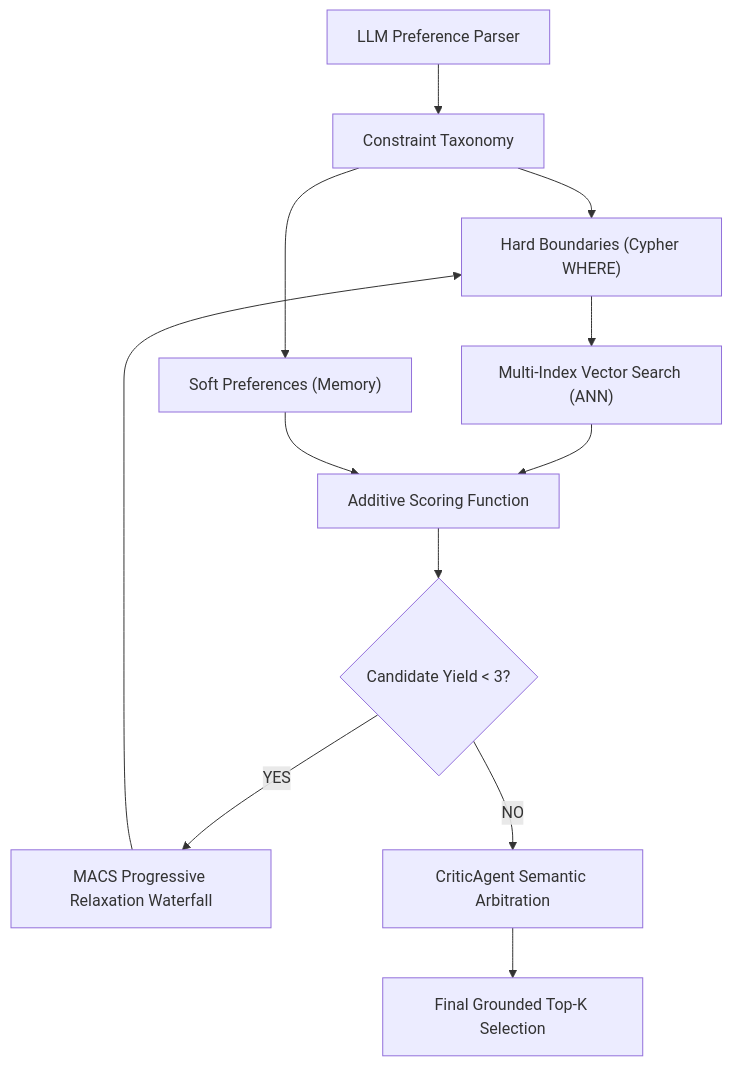
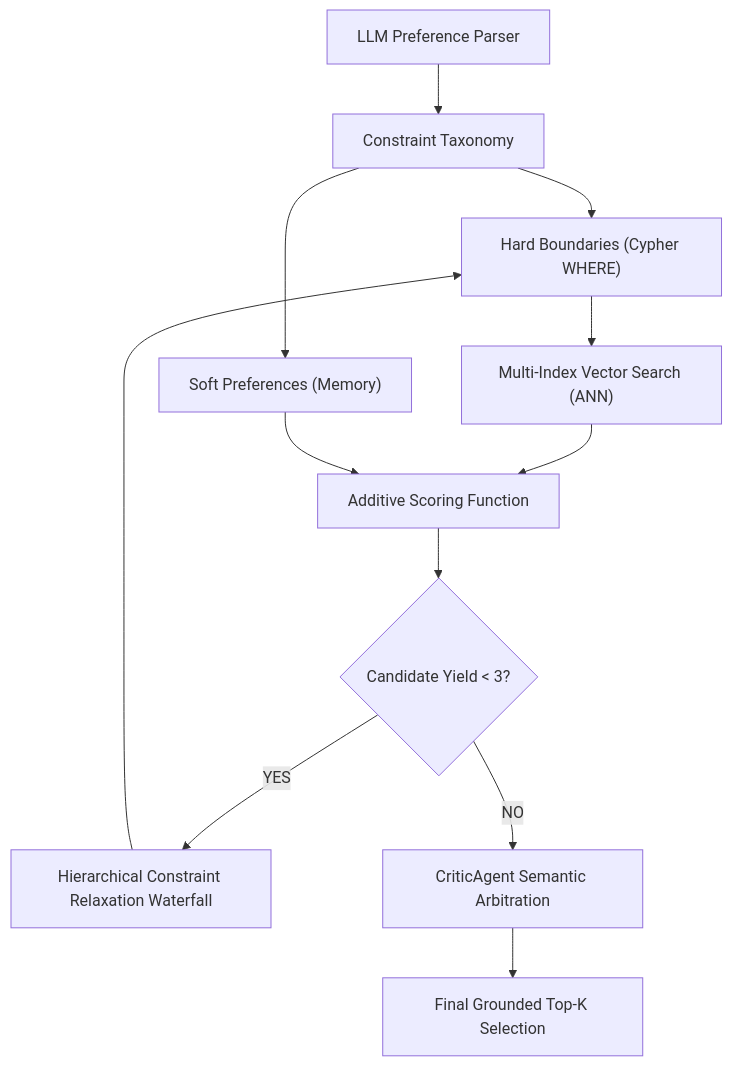
One commit to mikpaszkowski/recommendation-system changed the diagram in thesis/4-doc-hybrid-scoring.md. Above: the diagram before and after it, drawn with Mermaid. The commit also changed other lines of this file and 17 other files, not shown here.

````diff
--- a/thesis/4-doc-hybrid-scoring.md
+++ b/thesis/4-doc-hybrid-scoring.md
@@ -51,14 +53,14 @@
 ```mermaid
 flowchart TD
     A["LLM Preference Parser"] --> B["Constraint Taxonomy"]
     B --> C["Hard Boundaries (Cypher WHERE)"]
     B --> D["Soft Preferences (Memory)"]
     C --> E["Multi-Index Vector Search (ANN)"]
     E --> F["Additive Scoring Function"]
     D --> F
     F --> G{"Candidate Yield < 3?"}
-    G -- YES --> H["MACS Progressive Relaxation Waterfall"]
+    G -- YES --> H["Hierarchical Constraint Relaxation Waterfall"]
     H --> C
     G -- NO --> I["CriticAgent Semantic Arbitration"]
     I --> J["Final Grounded Top-K Selection"]
 ```
````
